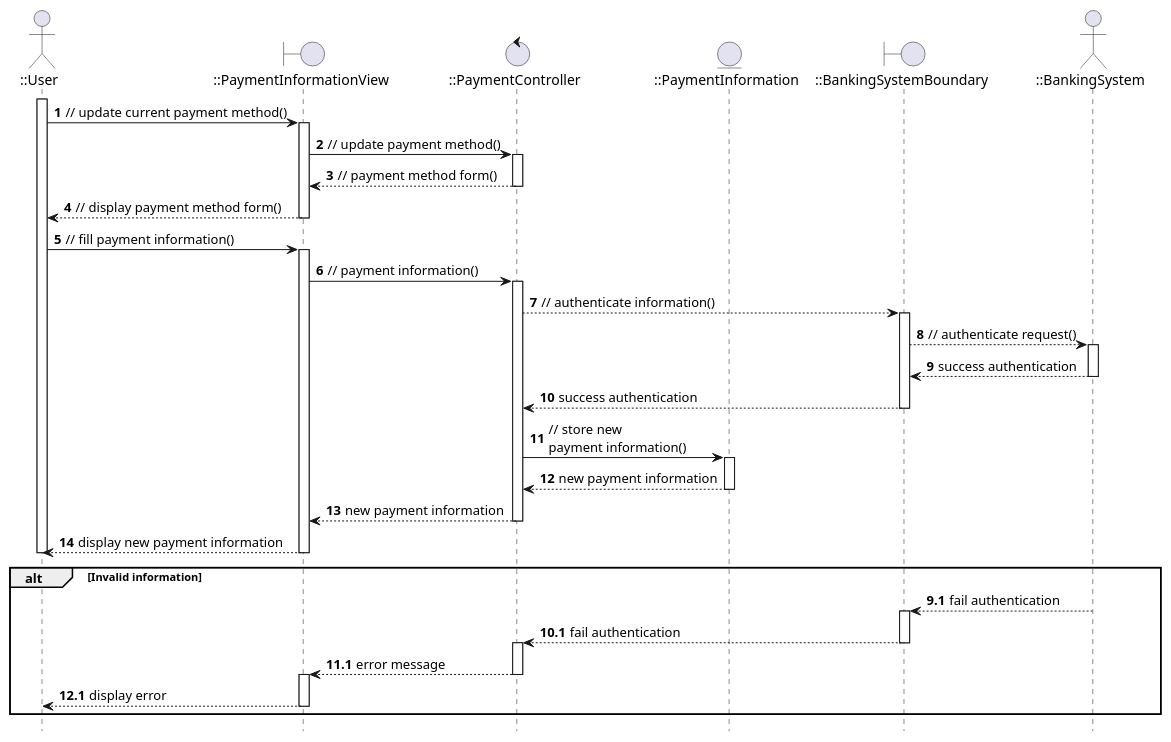
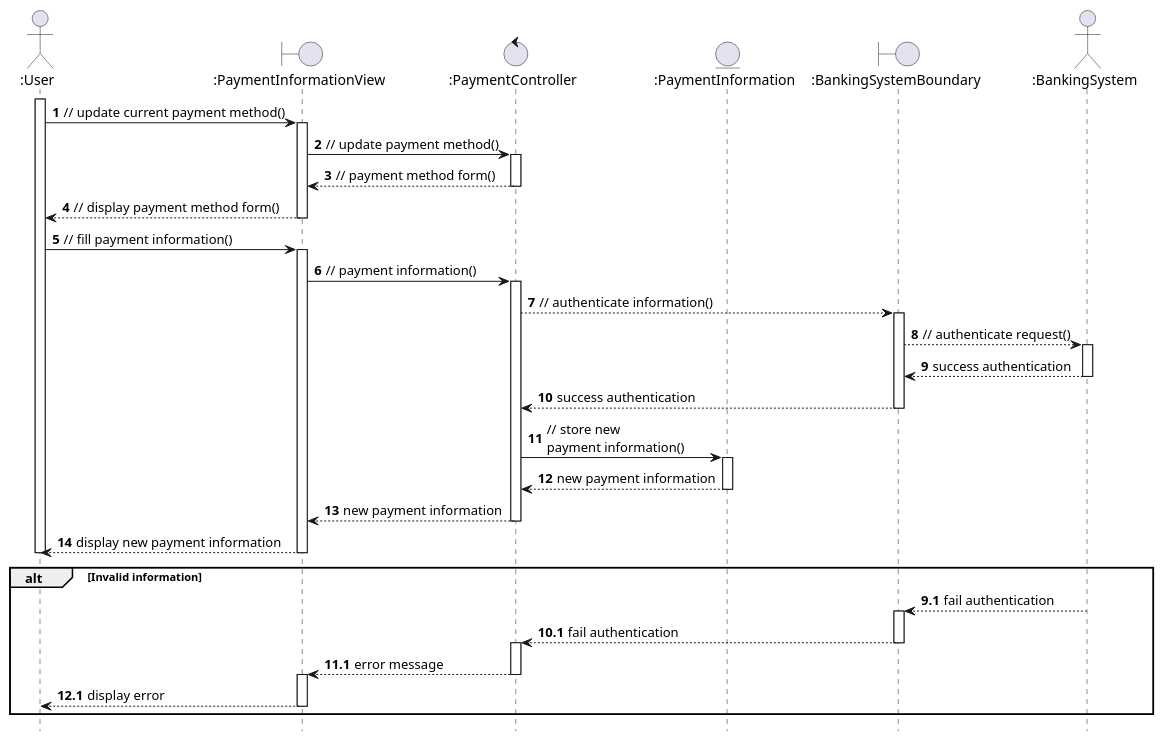
The diagram in uml/analysis/sequence/update_payment_information.pu (anhbanlinhle/velocity-exchange), drawn with PlantUML before and after one commit. The commit also changed 5 other files, not shown here.

```diff
--- a/uml/analysis/sequence/update_payment_information.pu
+++ b/uml/analysis/sequence/update_payment_information.pu
@@ -1,62 +1,62 @@
 @startuml
 hide footbox
 
 autonumber
 
-actor "::User" as User
-boundary "::PaymentInformationView" as PaymentInformationView
-control "::PaymentController" as PaymentController
-entity "::PaymentInformation" as PaymentInformation
-boundary "::BankingSystemBoundary" as BankingSystemBoundary
-actor "::BankingSystem" as BankingSystem
+actor ":User" as User
+boundary ":PaymentInformationView" as PaymentInformationView
+control ":PaymentController" as PaymentController
+entity ":PaymentInformation" as PaymentInformation
+boundary ":BankingSystemBoundary" as BankingSystemBoundary
+actor ":BankingSystem" as BankingSystem
 
 activate User
   User -> PaymentInformationView : // update current payment method()
   activate PaymentInformationView
     PaymentInformationView -> PaymentController : // update payment method()
     activate PaymentController
       PaymentController --> PaymentInformationView: // payment method form()
     deactivate PaymentController
     PaymentInformationView --> User: // display payment method form()
   deactivate PaymentInformationView
   User -> PaymentInformationView: // fill payment information()
   activate PaymentInformationView
     PaymentInformationView -> PaymentController: // payment information()
     activate PaymentController
       PaymentController --> BankingSystemBoundary: // authenticate information()
       activate BankingSystemBoundary
         BankingSystemBoundary --> BankingSystem: // authenticate request()
         activate BankingSystem
           BankingSystem --> BankingSystemBoundary: success authentication
         deactivate BankingSystem
         BankingSystemBoundary --> PaymentController: success authentication
       deactivate BankingSystemBoundary
       PaymentController -> PaymentInformation: // store new \npayment information()
       activate PaymentInformation
         PaymentInformation --> PaymentController: new payment information
       deactivate PaymentInformation
       PaymentController --> PaymentInformationView: new payment information
     deactivate PaymentController
     PaymentInformationView --> User: display new payment information
   deactivate PaymentInformationView
 deactivate User
 
 alt Invalid information
   autonumber 9.1
   BankingSystem --> BankingSystemBoundary: fail authentication
   autonumber inc A
   activate BankingSystemBoundary
     BankingSystemBoundary --> PaymentController: fail authentication
     autonumber inc A
   deactivate BankingSystemBoundary
   activate PaymentController
     PaymentController --> PaymentInformationView: error message
     autonumber inc A
   deactivate PaymentController
   activate PaymentInformationView
     PaymentInformationView --> User: display error
     autonumber inc A
   deactivate PaymentInformationView
 end
 
 @enduml
```
